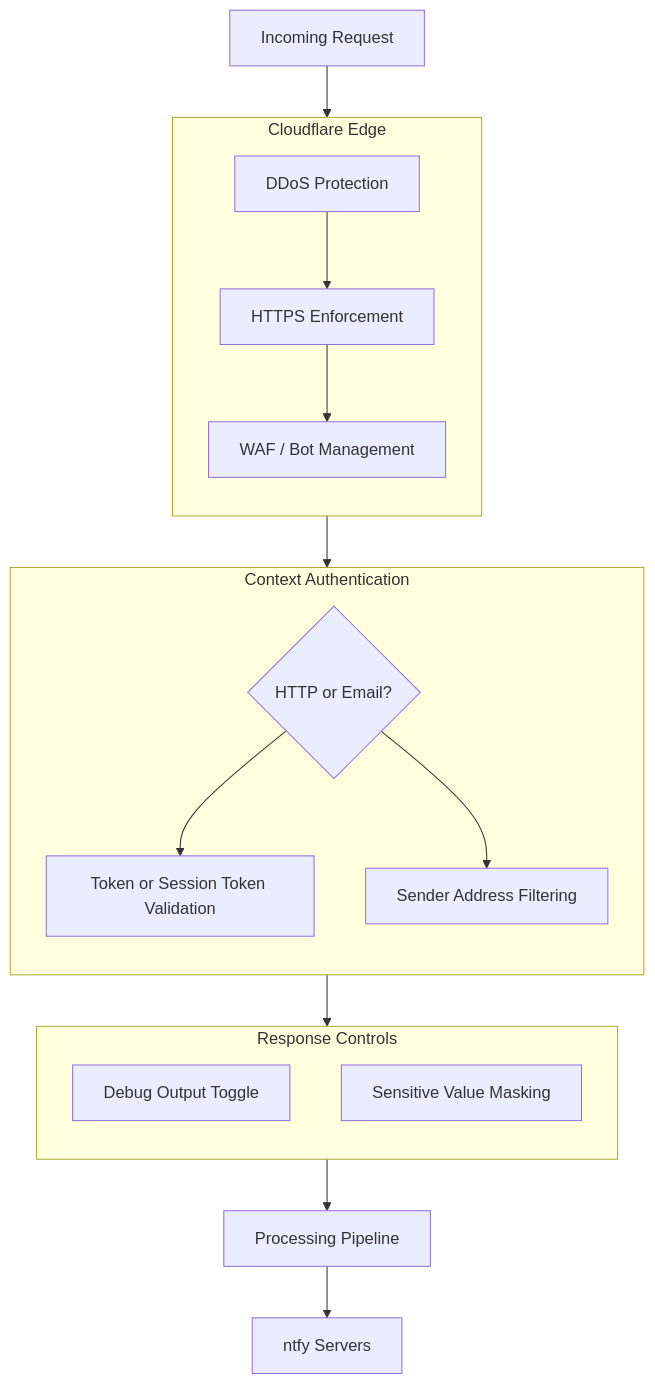
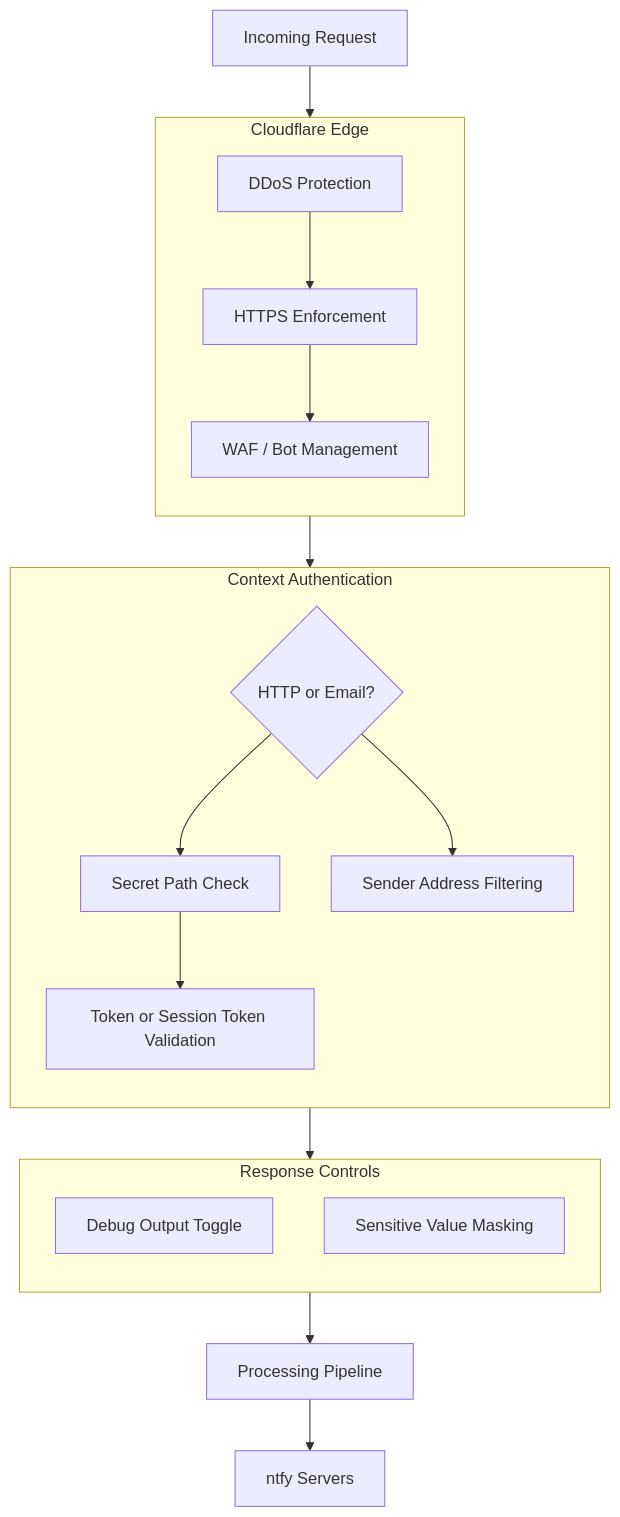
The diagram in apps/docs/docs/features/security.mdx (cbnventures/ntfy-reverse-proxy), drawn with Mermaid before and after one commit. The commit also changed other lines of this file and 33 other files, not shown here.

````diff
--- a/apps/docs/docs/features/security.mdx
+++ b/apps/docs/docs/features/security.mdx
@@ -22,30 +22,31 @@
 ```mermaid
 flowchart TD
     Request[Incoming Request] --> Edge
 
     subgraph Edge [Cloudflare Edge]
         direction TB
         DDoS[DDoS Protection] --> HTTPS[HTTPS Enforcement]
         HTTPS --> WAF[WAF / Bot Management]
     end
 
     Edge --> AuthLayer
 
     subgraph AuthLayer [Context Authentication]
         direction TB
         Type{HTTP or Email?}
-        Type --> Token[Token or Session Token Validation]
+        Type --> SecretPath[Secret Path Check]
+        SecretPath --> Token[Token or Session Token Validation]
         Type --> Sender[Sender Address Filtering]
     end
 
     AuthLayer --> Mask
 
     subgraph Mask [Response Controls]
         direction TB
         DebugToggle[Debug Output Toggle]
         SensitiveMask[Sensitive Value Masking]
     end
 
     Mask --> Pipeline[Processing Pipeline]
     Pipeline --> ntfy[ntfy Servers]
 ```
````
